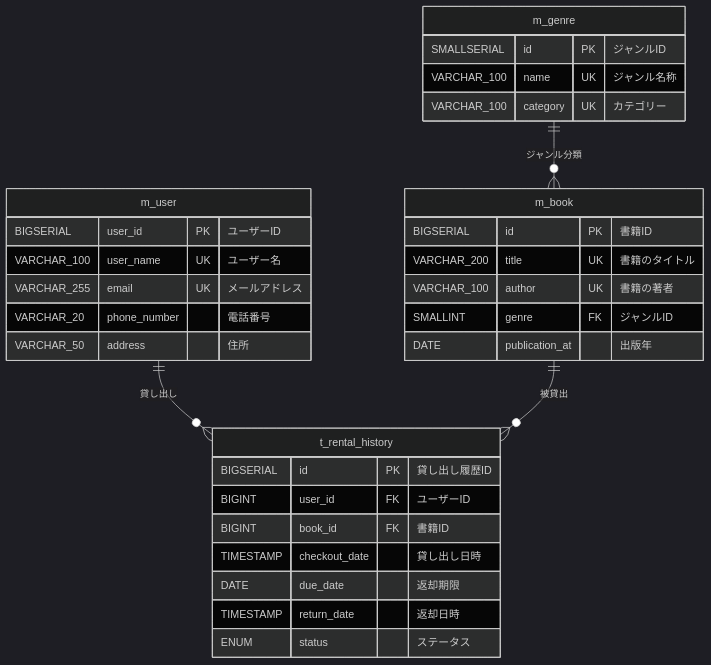
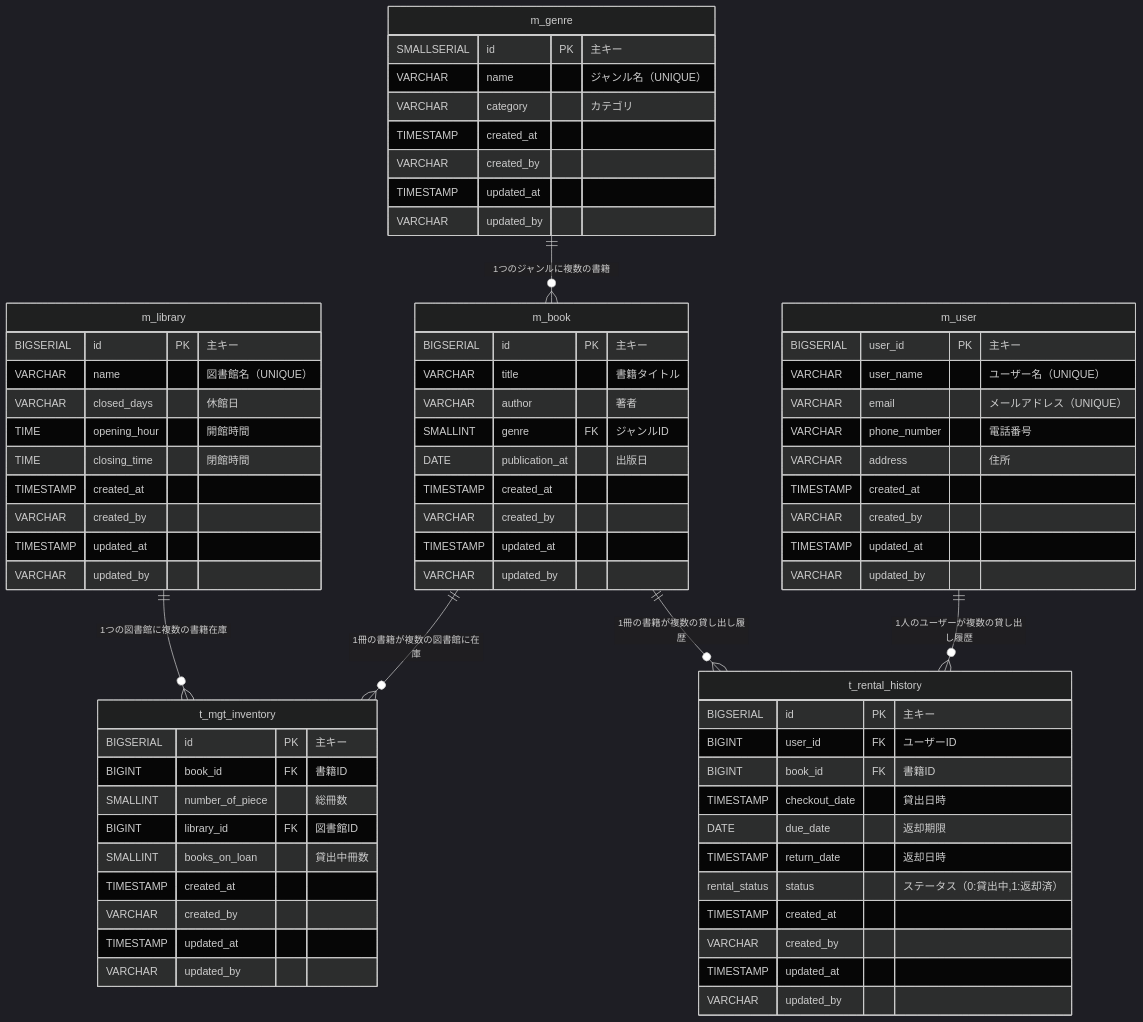
One commit to narumimashiro/akashic-records changed the diagram in backend/spec/library_system/library_er.md. Above: the diagram before and after it, drawn with Mermaid (dark theme).

Commit message:
MermaidでER図を作成

````diff
--- a/backend/spec/library_system/library_er.md
+++ b/backend/spec/library_system/library_er.md
@@ -1,39 +1,83 @@
 ```mermaid
 erDiagram
+    %% マスタテーブル
+    m_genre {
+        SMALLSERIAL id PK "主キー"
+        VARCHAR name "ジャンル名（UNIQUE）"
+        VARCHAR category "カテゴリ"
+        TIMESTAMP created_at
+        VARCHAR created_by
+        TIMESTAMP updated_at
+        VARCHAR updated_by
+    }
+
     m_book {
-        BIGSERIAL id PK "書籍ID"
-        VARCHAR_200 title UK "書籍のタイトル"
-        VARCHAR_100 author UK "書籍の著者"
+        BIGSERIAL id PK "主キー"
+        VARCHAR title "書籍タイトル"
+        VARCHAR author "著者"
         SMALLINT genre FK "ジャンルID"
-        DATE publication_at "出版年"
+        DATE publication_at "出版日"
+        TIMESTAMP created_at
+        VARCHAR created_by
+        TIMESTAMP updated_at
+        VARCHAR updated_by
     }
-    
-    m_genre {
-        SMALLSERIAL id PK "ジャンルID"
-        VARCHAR_100 name UK "ジャンル名称"
-        VARCHAR_100 category UK "カテゴリー"
+
+    m_user {
+        BIGSERIAL user_id PK "主キー"
+        VARCHAR user_name "ユーザー名（UNIQUE）"
+        VARCHAR email "メールアドレス（UNIQUE）"
+        VARCHAR phone_number "電話番号"
+        VARCHAR address "住所"
+        TIMESTAMP created_at
+        VARCHAR created_by
+        TIMESTAMP updated_at
+        VARCHAR updated_by
     }
-    
-    m_user {
-        BIGSERIAL user_id PK "ユーザーID"
-        VARCHAR_100 user_name UK "ユーザー名"
-        VARCHAR_255 email UK "メールアドレス"
-        VARCHAR_20 phone_number "電話番号"
-        VARCHAR_50 address "住所"
+
+    m_library {
+        BIGSERIAL id PK "主キー"
+        VARCHAR name "図書館名（UNIQUE）"
+        VARCHAR closed_days "休館日"
+        TIME opening_hour "開館時間"
+        TIME closing_time "閉館時間"
+        TIMESTAMP created_at
+        VARCHAR created_by
+        TIMESTAMP updated_at
+        VARCHAR updated_by
     }
-    
+
+    %% トランザクションテーブル
+    t_mgt_inventory {
+        BIGSERIAL id PK "主キー"
+        BIGINT book_id FK "書籍ID"
+        SMALLINT number_of_piece "総冊数"
+        BIGINT library_id FK "図書館ID"
+        SMALLINT books_on_loan "貸出中冊数"
+        TIMESTAMP created_at
+        VARCHAR created_by
+        TIMESTAMP updated_at
+        VARCHAR updated_by
+    }
+
     t_rental_history {
-        BIGSERIAL id PK "貸し出し履歴ID"
+        BIGSERIAL id PK "主キー"
         BIGINT user_id FK "ユーザーID"
         BIGINT book_id FK "書籍ID"
-        TIMESTAMP checkout_date "貸し出し日時"
+        TIMESTAMP checkout_date "貸出日時"
         DATE due_date "返却期限"
         TIMESTAMP return_date "返却日時"
-        ENUM status "ステータス"
+        rental_status status "ステータス（0:貸出中,1:返却済）"
+        TIMESTAMP created_at
+        VARCHAR created_by
+        TIMESTAMP updated_at
+        VARCHAR updated_by
     }
 
     %% リレーションシップ
-    m_genre ||--o{ m_book : "ジャンル分類"
-    m_user ||--o{ t_rental_history : "貸し出し"
-    m_book ||--o{ t_rental_history : "被貸出"
+    m_genre ||--o{ m_book : "1つのジャンルに複数の書籍"
+    m_book ||--o{ t_mgt_inventory : "1冊の書籍が複数の図書館に在庫"
+    m_library ||--o{ t_mgt_inventory : "1つの図書館に複数の書籍在庫"
+    m_user ||--o{ t_rental_history : "1人のユーザーが複数の貸し出し履歴"
+    m_book ||--o{ t_rental_history : "1冊の書籍が複数の貸し出し履歴"
 ```
````
